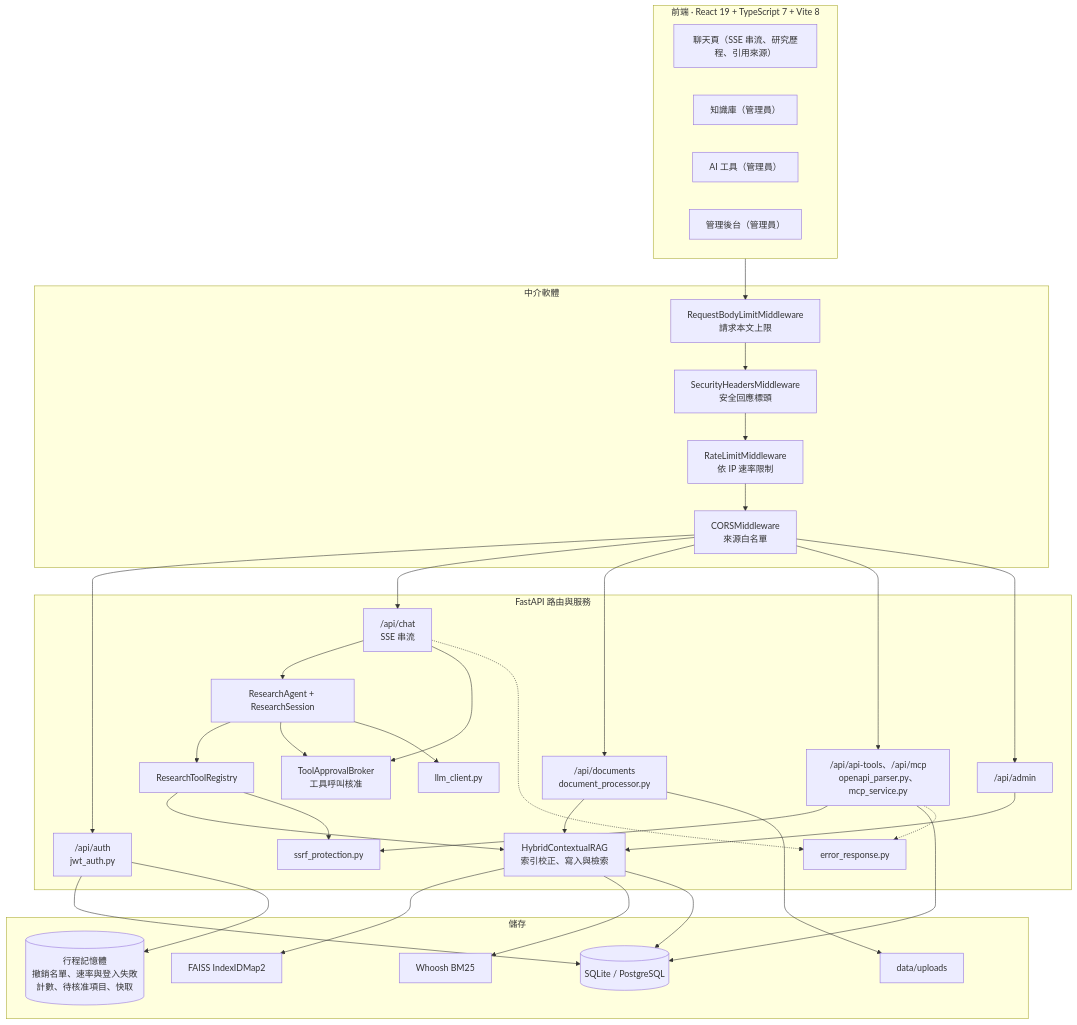
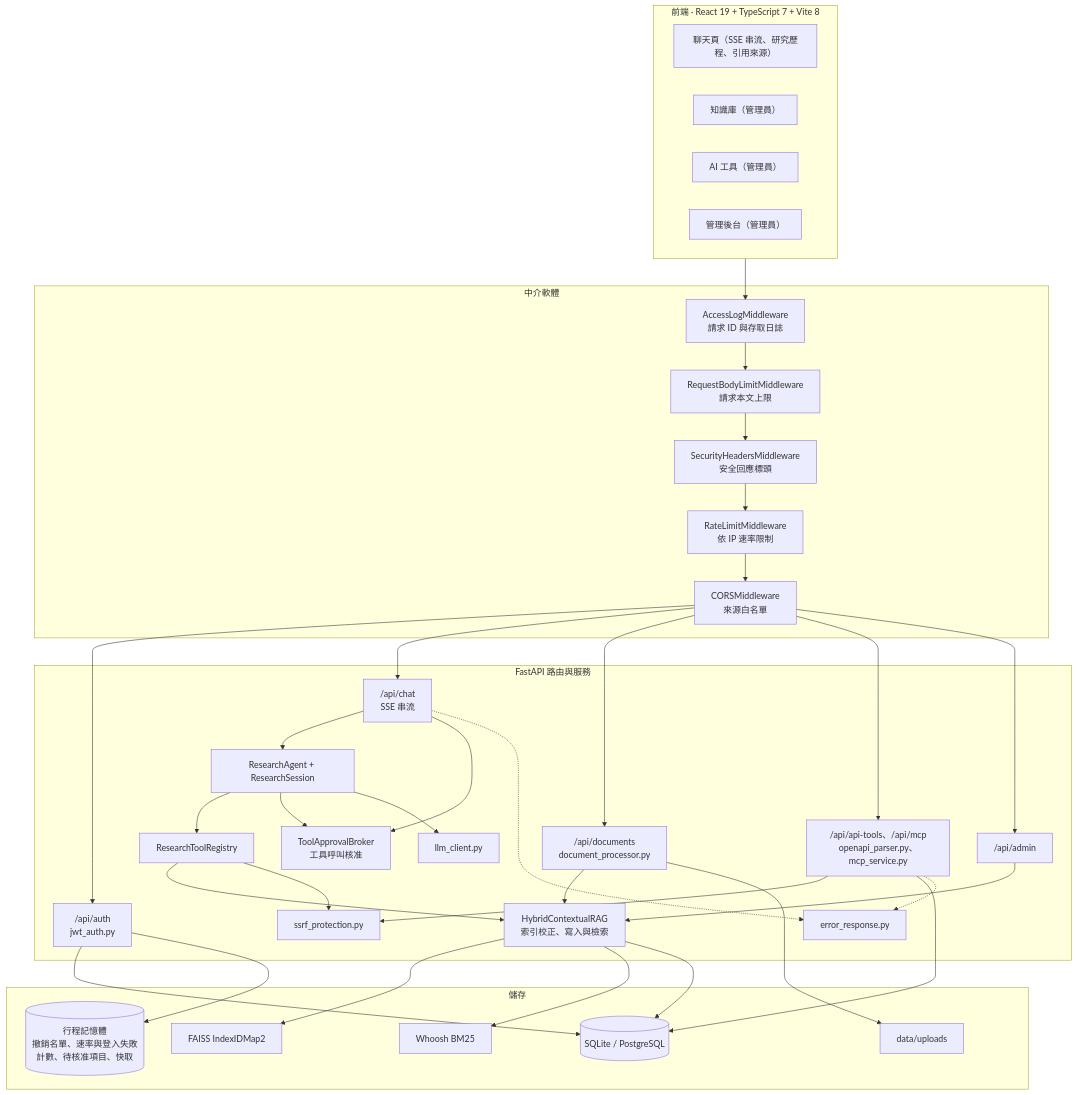
Before and after one commit to Scorpio-meow/AskMiao: the first of 9 diagrams in docs/architecture.md, drawn with Mermaid. The commit also changed other lines of this file and 163 other files, not shown here.

````diff
--- a/docs/architecture.md
+++ b/docs/architecture.md
@@ -30,59 +30,60 @@
 ```mermaid
 flowchart TB
     subgraph Client ["前端 · React 19 + TypeScript 7 + Vite 8"]
         ChatUI["聊天頁（SSE 串流、研究歷程、引用來源）"]
         DocsUI["知識庫（管理員）"]
         ToolsUI["AI 工具（管理員）"]
         AdminUI["管理後台（管理員）"]
     end
 
     subgraph Gateway ["中介軟體"]
+        AccessLog["AccessLogMiddleware<br/>請求 ID 與存取日誌"]
         BodyLimit["RequestBodyLimitMiddleware<br/>請求本文上限"]
         SecHeaders["SecurityHeadersMiddleware<br/>安全回應標頭"]
         RateLimit["RateLimitMiddleware<br/>依 IP 速率限制"]
         CORS["CORSMiddleware<br/>來源白名單"]
     end
 
     subgraph Backend ["FastAPI 路由與服務"]
         AuthAPI["/api/auth<br/>jwt_auth.py"]
         ChatAPI["/api/chat<br/>SSE 串流"]
         DocAPI["/api/documents<br/>document_processor.py"]
         ToolAPI["/api/api-tools、/api/mcp<br/>openapi_parser.py、mcp_service.py"]
         AdminAPI["/api/admin"]
         RAG["HybridContextualRAG<br/>索引校正、寫入與檢索"]
         Agent["ResearchAgent + ResearchSession"]
         Approval["ToolApprovalBroker<br/>工具呼叫核准"]
         Registry["ResearchToolRegistry"]
         LLM["llm_client.py"]
         SSRF["ssrf_protection.py"]
         Err["error_response.py"]
     end
 
     subgraph Storage ["儲存"]
         DB[("SQLite / PostgreSQL")]
         FAISS["FAISS IndexIDMap2"]
         BM25["Whoosh BM25"]
         Files["data/uploads"]
         Mem[("行程記憶體<br/>撤銷名單、速率與登入失敗計數、待核准項目、快取")]
     end
 
-    Client --> BodyLimit --> SecHeaders --> RateLimit --> CORS
+    Client --> AccessLog --> BodyLimit --> SecHeaders --> RateLimit --> CORS
     CORS --> AuthAPI & ChatAPI & DocAPI & ToolAPI & AdminAPI
     ChatAPI --> Agent --> Registry
     Agent --> Approval
     ChatAPI --> Approval
     Agent --> LLM
     Registry --> RAG
     Registry --> SSRF
     ToolAPI --> SSRF
     DocAPI --> RAG
     AdminAPI --> RAG
     RAG --> FAISS & BM25
     RAG --> DB
     DocAPI --> Files
     AuthAPI --> DB
     AuthAPI --> Mem
     ToolAPI --> DB
     ChatAPI -.-> Err
     ToolAPI -.-> Err
 ```
````
